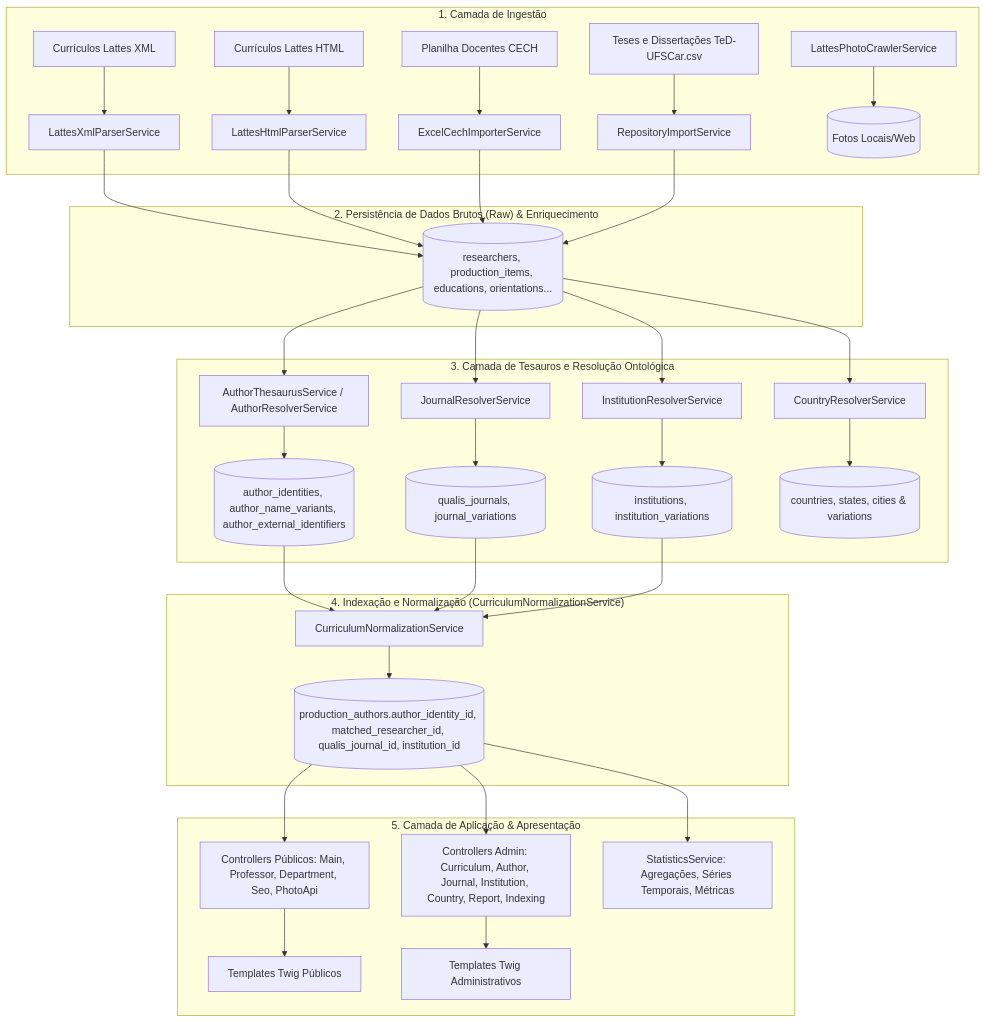
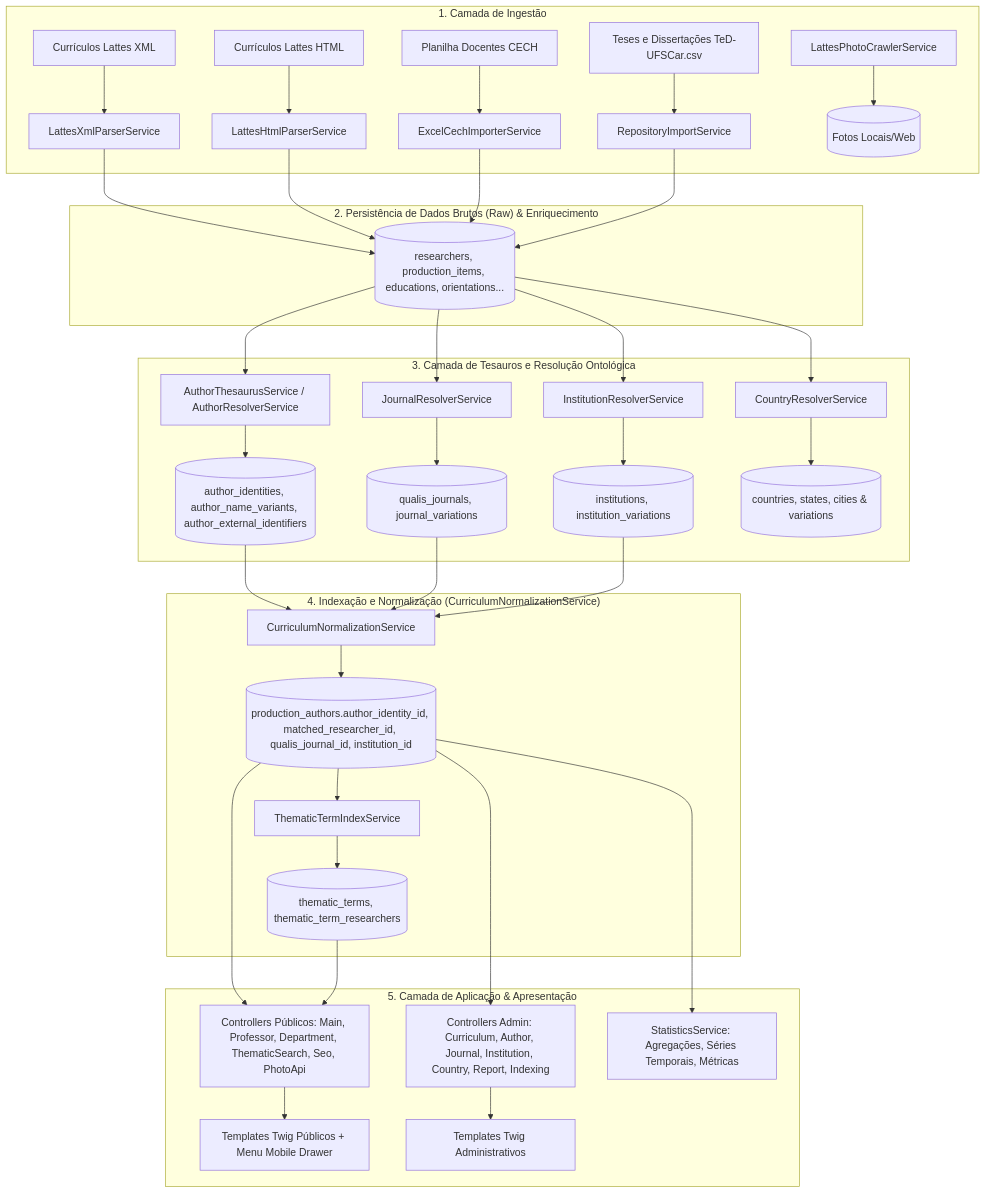
The diagram in docs/ARQUITETURA_E_PROCESSOS.md (JonasPoli/ufscar-cech), drawn with Mermaid before and after one commit. The commit also changed other lines of this file and 7 other files, not shown here.

Commit message:
docs: atualizar documentacao tecnica com pesquisa tematica, menu mobile e 18 indicadores

````diff
--- a/docs/ARQUITETURA_E_PROCESSOS.md
+++ b/docs/ARQUITETURA_E_PROCESSOS.md
@@ -19,44 +19,48 @@
 ```mermaid
 graph TD
     subgraph Ingestao ["1. Camada de Ingestão"]
         LattesXML[Currículos Lattes XML] --> LattesXmlParser[LattesXmlParserService]
         LattesHTML[Currículos Lattes HTML] --> LattesHtmlParser[LattesHtmlParserService]
         PlanilhaCECH[Planilha Docentes CECH] --> ExcelImporter[ExcelCechImporterService]
         TeDCSV[Teses e Dissertações TeD-UFSCar.csv] --> RepoImporter[RepositoryImportService]
         LattesPhotoCrawler[LattesPhotoCrawlerService] --> StorageFotos[(Fotos Locais/Web)]
     end
 
     subgraph PersistenciaRaw ["2. Persistência de Dados Brutos (Raw) & Enriquecimento"]
         LattesXmlParser --> DB_Raw[(researchers, production_items, educations, orientations...)]
         LattesHtmlParser --> DB_Raw
         ExcelImporter --> DB_Raw
         RepoImporter --> DB_Raw
     end
 
     subgraph Tesauros ["3. Camada de Tesauros e Resolução Ontológica"]
         DB_Raw --> AuthThesaurus[AuthorThesaurusService / AuthorResolverService]
         DB_Raw --> JournalResolver[JournalResolverService]
         DB_Raw --> InstResolver[InstitutionResolverService]
         DB_Raw --> CountryResolver[CountryResolverService]
         
         AuthThesaurus --> DB_Thesaurus[(author_identities, author_name_variants, author_external_identifiers)]
         JournalResolver --> DB_Qualis[(qualis_journals, journal_variations)]
         InstResolver --> DB_Institutions[(institutions, institution_variations)]
         CountryResolver --> DB_Geo[(countries, states, cities & variations)]
     end
 
     subgraph Normalizacao ["4. Indexação e Normalização (CurriculumNormalizationService)"]
         DB_Thesaurus --> NormService[CurriculumNormalizationService]
         DB_Qualis --> NormService
         DB_Institutions --> NormService
         NormService --> DB_Indexed[(production_authors.author_identity_id, matched_researcher_id, qualis_journal_id, institution_id)]
+
+        DB_Indexed --> ThematicIndex[ThematicTermIndexService]
+        ThematicIndex --> DB_Thematic[(thematic_terms, thematic_term_researchers)]
     end
 
     subgraph CamadaAplicacao ["5. Camada de Aplicação & Apresentação"]
-        DB_Indexed --> PubControllers[Controllers Públicos: Main, Professor, Department, Seo, PhotoApi]
+        DB_Indexed --> PubControllers[Controllers Públicos: Main, Professor, Department, ThematicSearch, Seo, PhotoApi]
+        DB_Thematic --> PubControllers
         DB_Indexed --> AdminControllers[Controllers Admin: Curriculum, Author, Journal, Institution, Country, Report, Indexing]
         DB_Indexed --> StatsService[StatisticsService: Agregações, Séries Temporais, Métricas]
-        PubControllers --> TwigPub[Templates Twig Públicos]
+        PubControllers --> TwigPub[Templates Twig Públicos + Menu Mobile Drawer]
         AdminControllers --> TwigAdmin[Templates Twig Administrativos]
     end
 ```
````
